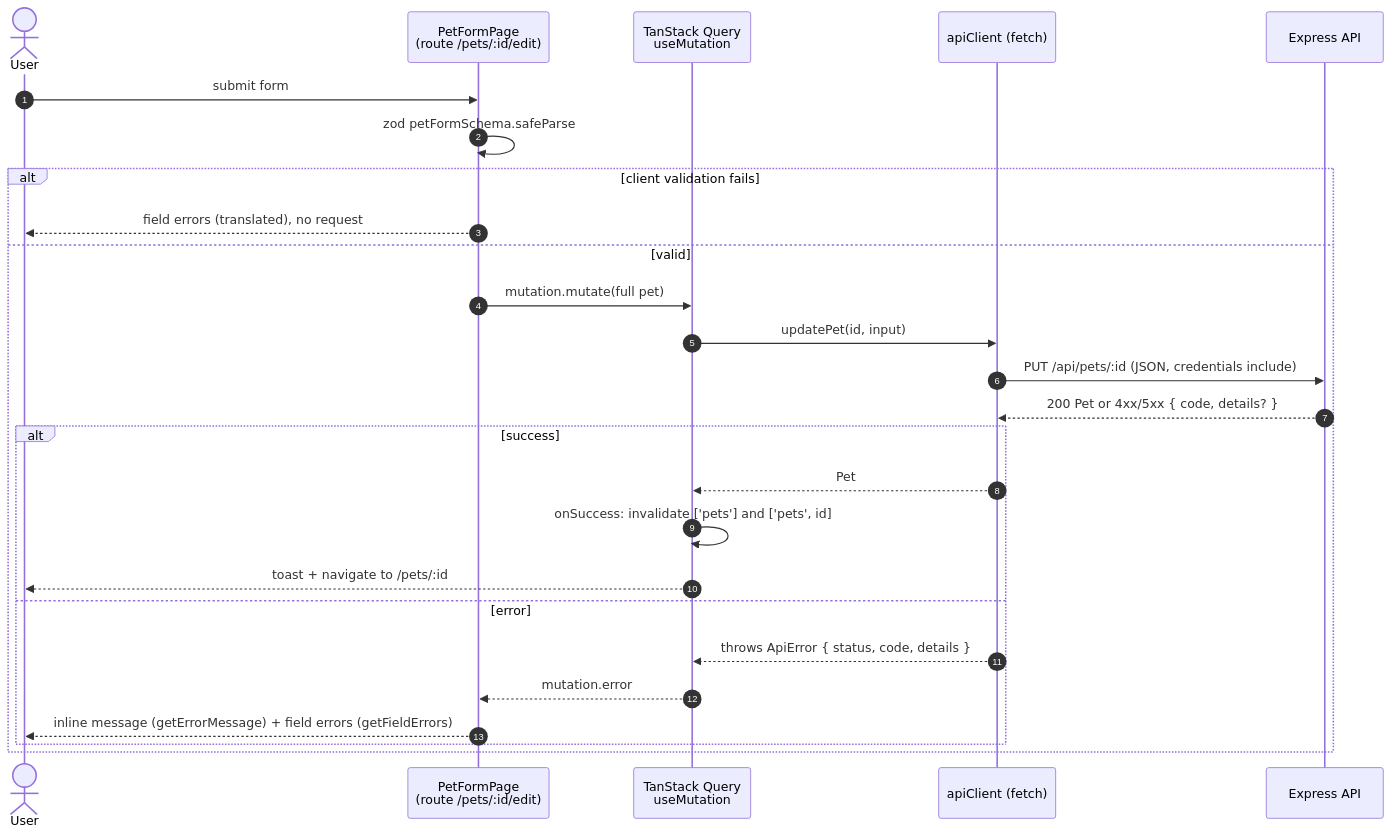
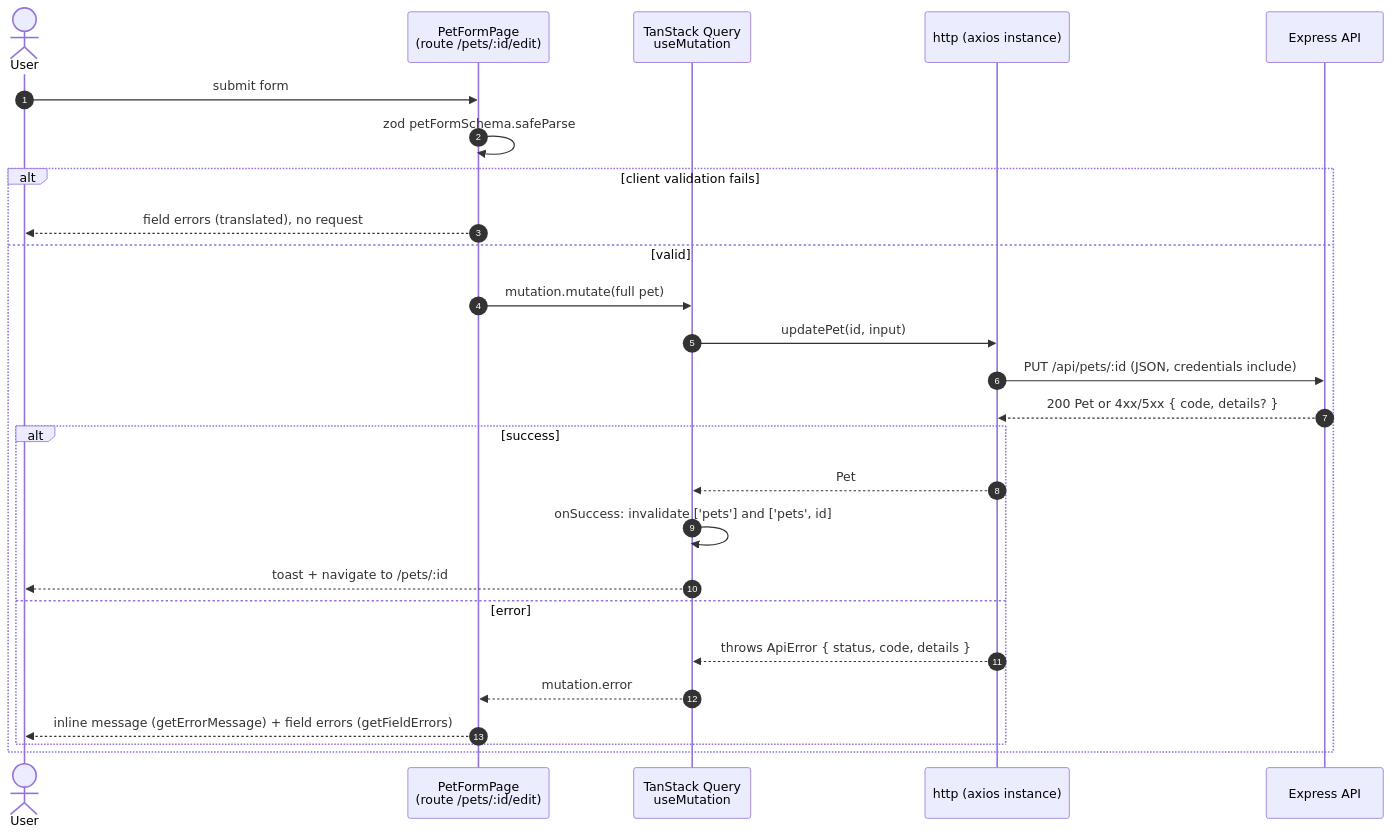
One commit to BojanSovtic/pet-adoption-system changed the second of 9 diagrams in docs/architecture.md. Above: the diagram before and after it, drawn with Mermaid. The commit also changed other lines of this file and 19 other files, not shown here.

First line of the commit message:
refactor: replace fetch wrapper with axios client and interceptor

````diff
--- a/docs/architecture.md
+++ b/docs/architecture.md
@@ -50,29 +50,29 @@
 ```mermaid
 sequenceDiagram
   autonumber
   actor User
   participant Page as PetFormPage<br/>(route /pets/:id/edit)
   participant TQ as TanStack Query<br/>useMutation
-  participant Client as apiClient (fetch)
+  participant Client as http (axios instance)
   participant API as Express API
 
   User->>Page: submit form
   Page->>Page: zod petFormSchema.safeParse
   alt client validation fails
     Page-->>User: field errors (translated), no request
   else valid
     Page->>TQ: mutation.mutate(full pet)
     TQ->>Client: updatePet(id, input)
     Client->>API: PUT /api/pets/:id (JSON, credentials include)
     API-->>Client: 200 Pet  or  4xx/5xx { code, details? }
     alt success
       Client-->>TQ: Pet
       TQ->>TQ: onSuccess: invalidate ['pets'] and ['pets', id]
       TQ-->>User: toast + navigate to /pets/:id
     else error
       Client-->>TQ: throws ApiError { status, code, details }
       TQ-->>Page: mutation.error
       Page-->>User: inline message (getErrorMessage) + field errors (getFieldErrors)
     end
   end
 ```
````
